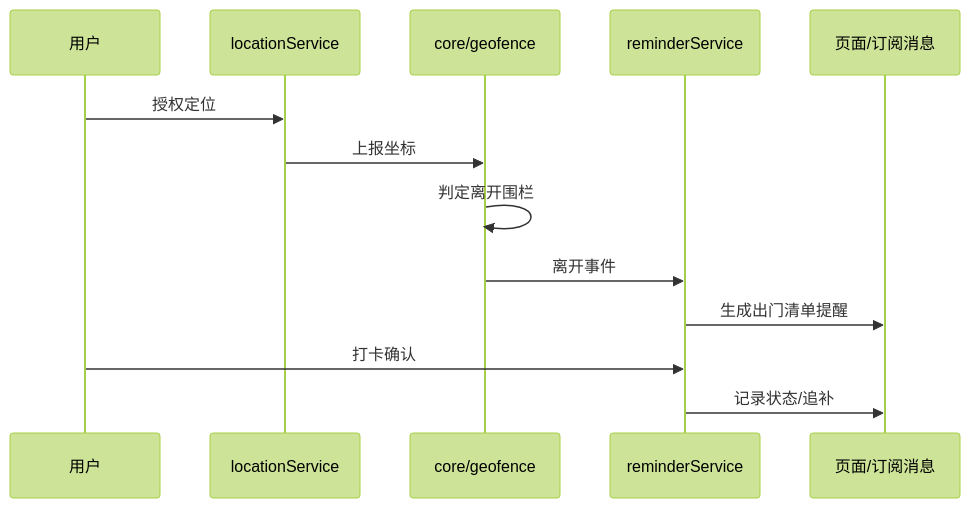
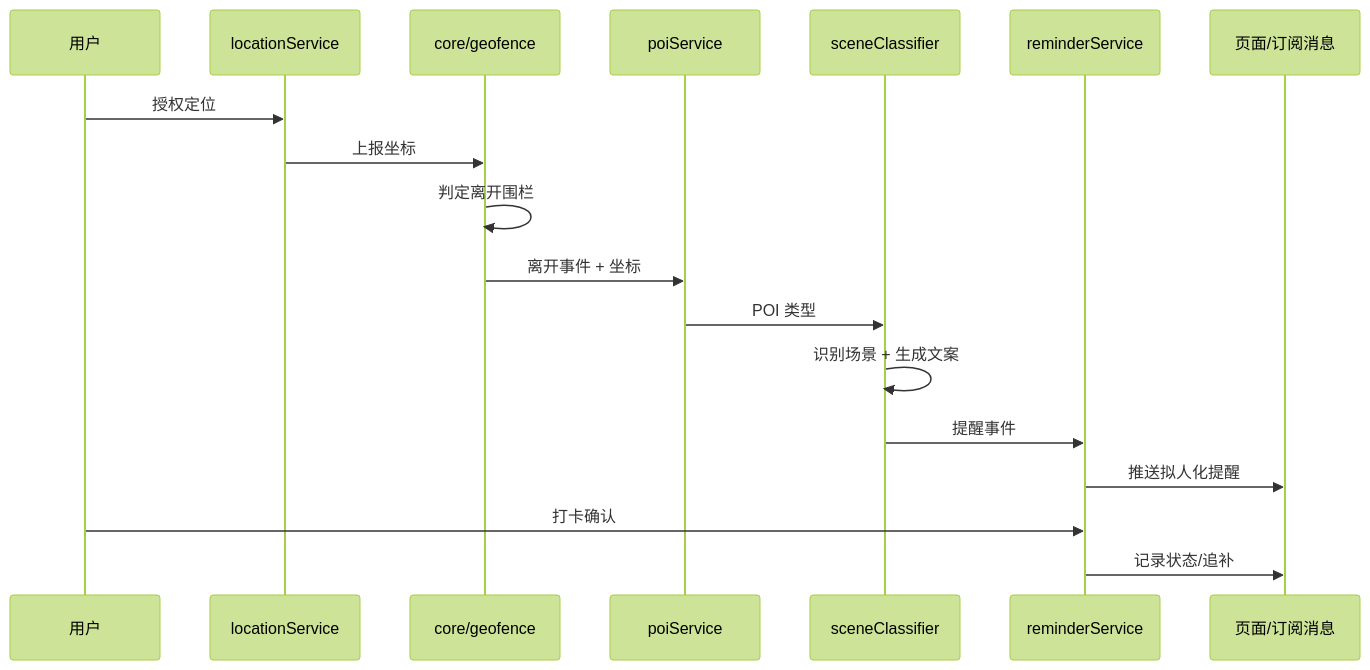
One commit to lynn-lelelele/lastcheck changed the third of 3 diagrams in docs/ARCHITECTURE.md. Above: the diagram before and after it, drawn with Mermaid (forest theme). The commit also changed other lines of this file and 2 other files, not shown here.

Commit message:
docs: add scene recognition pipeline (POI classify + persona copy) to architecture/PRD/roadmap

````diff
--- a/docs/ARCHITECTURE.md
+++ b/docs/ARCHITECTURE.md
@@ -84,15 +113,20 @@
 ```mermaid
 sequenceDiagram
     participant U as 用户
     participant LS as locationService
     participant GF as core/geofence
+    participant PS as poiService
+    participant SC as sceneClassifier
     participant RS as reminderService
     participant UI as 页面/订阅消息
     U->>LS: 授权定位
     LS->>GF: 上报坐标
     GF->>GF: 判定离开围栏
-    GF->>RS: 离开事件
-    RS->>UI: 生成出门清单提醒
+    GF->>PS: 离开事件 + 坐标
+    PS->>SC: POI 类型
+    SC->>SC: 识别场景 + 生成文案
+    SC->>RS: 提醒事件
+    RS->>UI: 推送拟人化提醒
     U->>RS: 打卡确认
     RS->>UI: 记录状态/追补
 ```
````
